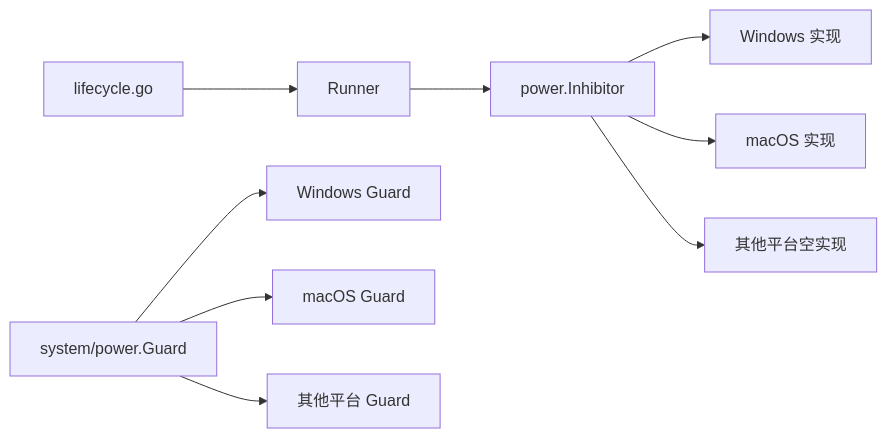
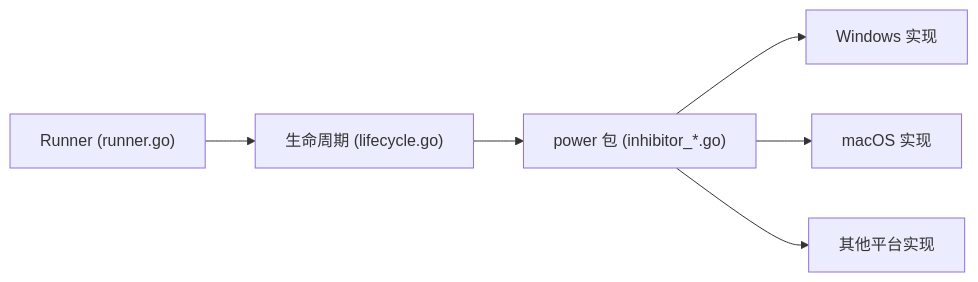
The seventh of 7 diagrams in .qoder/repowiki/zh/content/本地执行器/任务调度/电源管理.md (alvinwangzi/goodhr), drawn with Mermaid before and after one commit. The commit also changed other lines of this file and 149 other files, not shown here.

````diff
--- a/.qoder/repowiki/zh/content/本地执行器/任务调度/电源管理.md
+++ b/.qoder/repowiki/zh/content/本地执行器/任务调度/电源管理.md
@@ -265,11 +231,8 @@
 ```mermaid
 graph LR
-Runner["Runner"] --> Inhibitor["power.Inhibitor"]
-Inhibitor --> WinImpl["Windows 实现"]
-Inhibitor --> MacImpl["macOS 实现"]
-Inhibitor --> OtherImpl["其他平台空实现"]
-Lifecycle["lifecycle.go"] --> Runner
-NewGuard["system/power.Guard"] --> WinGuard["Windows Guard"]
-NewGuard --> MacGuard["macOS Guard"]
-NewGuard --> OtherGuard["其他平台 Guard"]
+Runner["Runner (runner.go)"] --> Lifecycle["生命周期 (lifecycle.go)"]
+Lifecycle --> Power["power 包 (inhibitor_*.go)"]
+Power --> Win["Windows 实现"]
+Power --> Mac["macOS 实现"]
+Power --> Other["其他平台实现"]
 ```
````
